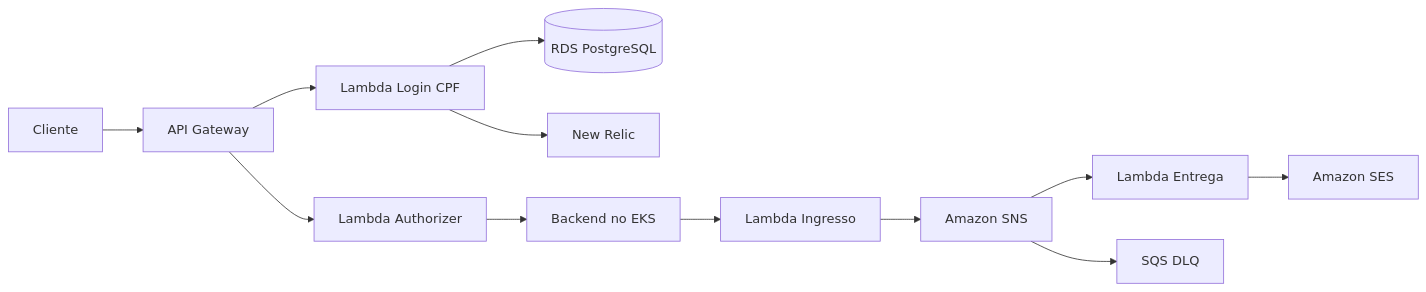
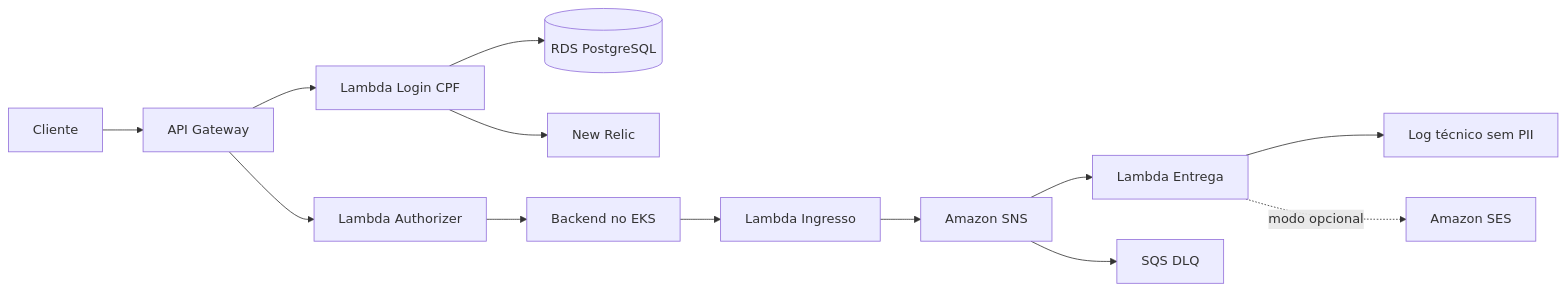
The diagram in README.md (tiagomiele/oficina-auth-serverless-fiap-fase3), drawn with Mermaid before and after one commit. The commit also changed other lines of this file and 8 other files, not shown here.

Commit message:
fix: tornar entrega SES opcional no AWS Academy

````diff
--- a/README.md
+++ b/README.md
@@ -21,14 +21,15 @@
 ```mermaid
 flowchart LR
     Client[Cliente] --> Gateway[API Gateway]
     Gateway --> Login[Lambda Login CPF]
     Login --> DB[(RDS PostgreSQL)]
     Login --> NR[New Relic]
     Gateway --> Authorizer[Lambda Authorizer]
     Authorizer --> API[Backend no EKS]
     API --> NotificationApi[Lambda Ingresso]
     NotificationApi --> SNS[Amazon SNS]
     SNS --> Delivery[Lambda Entrega]
-    Delivery --> SES[Amazon SES]
+    Delivery --> Log[Log técnico sem PII]
+    Delivery -. modo opcional .-> SES[Amazon SES]
     SNS --> DLQ[SQS DLQ]
 ```
````
